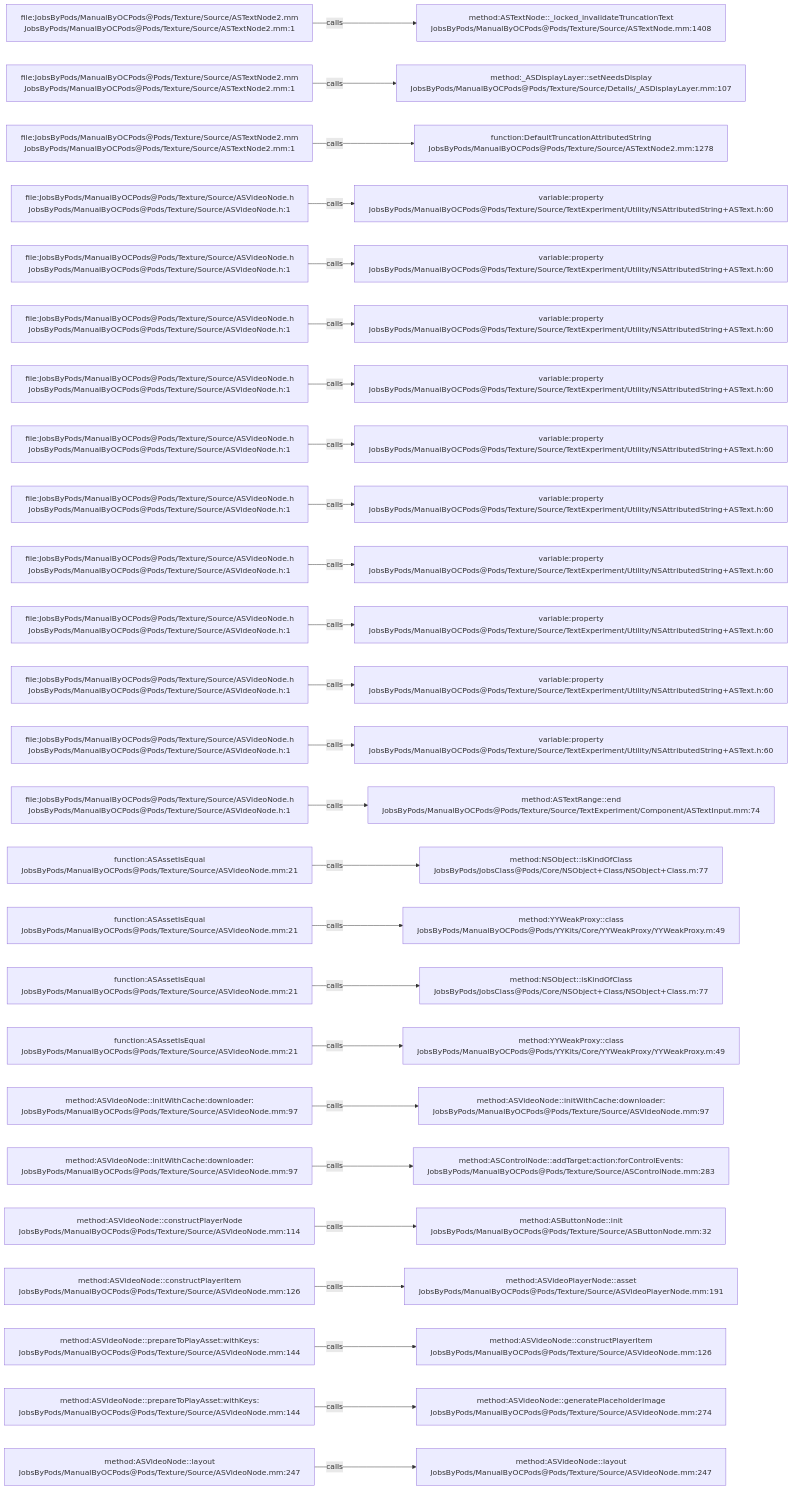
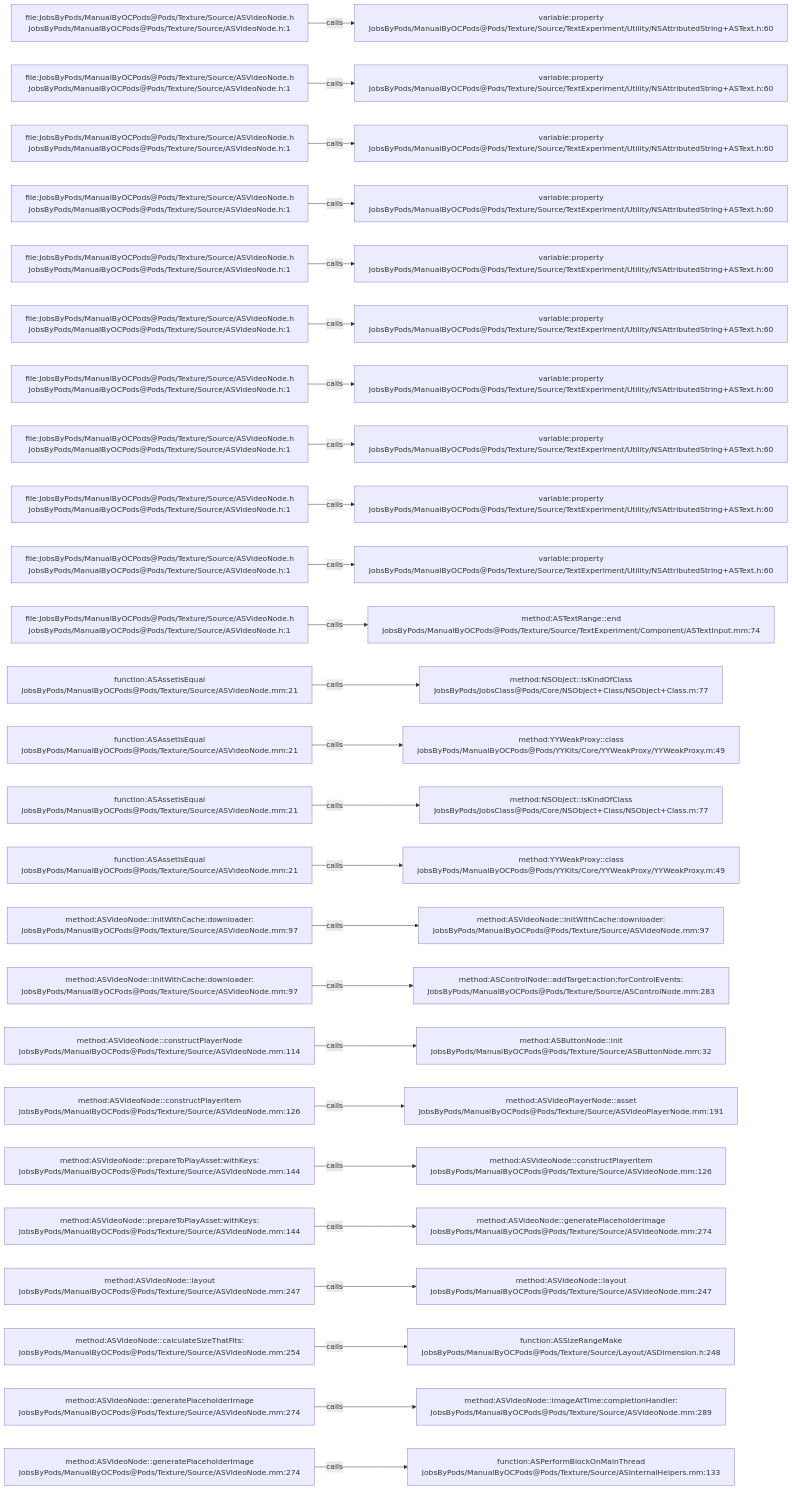
The diagram in .codegraph/codegraph.md/graphs/calls-144.md (JobsKits/JobsOCBaseConfigDemo), drawn with Mermaid before and after one commit. The commit also changed 342 other files, not shown here.

````diff
--- a/.codegraph/codegraph.md/graphs/calls-144.md
+++ b/.codegraph/codegraph.md/graphs/calls-144.md
@@ -13,78 +13,78 @@
 ```mermaid
 flowchart LR
-  S1["file:JobsByPods/ManualByOCPods@Pods/Texture/Source/ASTextNode2.mm<br/>JobsByPods/ManualByOCPods@Pods/Texture/Source/ASTextNode2.mm:1"]
-  T1["method:ASTextNode::_locked_invalidateTruncationText<br/>JobsByPods/ManualByOCPods@Pods/Texture/Source/ASTextNode.mm:1408"]
+  S1["file:JobsByPods/ManualByOCPods@Pods/Texture/Source/ASVideoNode.h<br/>JobsByPods/ManualByOCPods@Pods/Texture/Source/ASVideoNode.h:1"]
+  T1["variable:property<br/>JobsByPods/ManualByOCPods@Pods/Texture/Source/TextExperiment/Utility/NSAttributedString+ASText.h:60"]
   S1 -->|calls| T1
-  S2["file:JobsByPods/ManualByOCPods@Pods/Texture/Source/ASTextNode2.mm<br/>JobsByPods/ManualByOCPods@Pods/Texture/Source/ASTextNode2.mm:1"]
-  T2["method:_ASDisplayLayer::setNeedsDisplay<br/>JobsByPods/ManualByOCPods@Pods/Texture/Source/Details/_ASDisplayLayer.mm:107"]
+  S2["file:JobsByPods/ManualByOCPods@Pods/Texture/Source/ASVideoNode.h<br/>JobsByPods/ManualByOCPods@Pods/Texture/Source/ASVideoNode.h:1"]
+  T2["variable:property<br/>JobsByPods/ManualByOCPods@Pods/Texture/Source/TextExperiment/Utility/NSAttributedString+ASText.h:60"]
   S2 -->|calls| T2
-  S3["file:JobsByPods/ManualByOCPods@Pods/Texture/Source/ASTextNode2.mm<br/>JobsByPods/ManualByOCPods@Pods/Texture/Source/ASTextNode2.mm:1"]
-  T3["function:DefaultTruncationAttributedString<br/>JobsByPods/ManualByOCPods@Pods/Texture/Source/ASTextNode2.mm:1278"]
+  S3["file:JobsByPods/ManualByOCPods@Pods/Texture/Source/ASVideoNode.h<br/>JobsByPods/ManualByOCPods@Pods/Texture/Source/ASVideoNode.h:1"]
+  T3["variable:property<br/>JobsByPods/ManualByOCPods@Pods/Texture/Source/TextExperiment/Utility/NSAttributedString+ASText.h:60"]
   S3 -->|calls| T3
   S4["file:JobsByPods/ManualByOCPods@Pods/Texture/Source/ASVideoNode.h<br/>JobsByPods/ManualByOCPods@Pods/Texture/Source/ASVideoNode.h:1"]
   T4["variable:property<br/>JobsByPods/ManualByOCPods@Pods/Texture/Source/TextExperiment/Utility/NSAttributedString+ASText.h:60"]
   S4 -->|calls| T4
   S5["file:JobsByPods/ManualByOCPods@Pods/Texture/Source/ASVideoNode.h<br/>JobsByPods/ManualByOCPods@Pods/Texture/Source/ASVideoNode.h:1"]
   T5["variable:property<br/>JobsByPods/ManualByOCPods@Pods/Texture/Source/TextExperiment/Utility/NSAttributedString+ASText.h:60"]
   S5 -->|calls| T5
   S6["file:JobsByPods/ManualByOCPods@Pods/Texture/Source/ASVideoNode.h<br/>JobsByPods/ManualByOCPods@Pods/Texture/Source/ASVideoNode.h:1"]
   T6["variable:property<br/>JobsByPods/ManualByOCPods@Pods/Texture/Source/TextExperiment/Utility/NSAttributedString+ASText.h:60"]
   S6 -->|calls| T6
   S7["file:JobsByPods/ManualByOCPods@Pods/Texture/Source/ASVideoNode.h<br/>JobsByPods/ManualByOCPods@Pods/Texture/Source/ASVideoNode.h:1"]
   T7["variable:property<br/>JobsByPods/ManualByOCPods@Pods/Texture/Source/TextExperiment/Utility/NSAttributedString+ASText.h:60"]
   S7 -->|calls| T7
   S8["file:JobsByPods/ManualByOCPods@Pods/Texture/Source/ASVideoNode.h<br/>JobsByPods/ManualByOCPods@Pods/Texture/Source/ASVideoNode.h:1"]
   T8["variable:property<br/>JobsByPods/ManualByOCPods@Pods/Texture/Source/TextExperiment/Utility/NSAttributedString+ASText.h:60"]
   S8 -->|calls| T8
   S9["file:JobsByPods/ManualByOCPods@Pods/Texture/Source/ASVideoNode.h<br/>JobsByPods/ManualByOCPods@Pods/Texture/Source/ASVideoNode.h:1"]
   T9["variable:property<br/>JobsByPods/ManualByOCPods@Pods/Texture/Source/TextExperiment/Utility/NSAttributedString+ASText.h:60"]
   S9 -->|calls| T9
   S10["file:JobsByPods/ManualByOCPods@Pods/Texture/Source/ASVideoNode.h<br/>JobsByPods/ManualByOCPods@Pods/Texture/Source/ASVideoNode.h:1"]
   T10["variable:property<br/>JobsByPods/ManualByOCPods@Pods/Texture/Source/TextExperiment/Utility/NSAttributedString+ASText.h:60"]
   S10 -->|calls| T10
   S11["file:JobsByPods/ManualByOCPods@Pods/Texture/Source/ASVideoNode.h<br/>JobsByPods/ManualByOCPods@Pods/Texture/Source/ASVideoNode.h:1"]
-  T11["variable:property<br/>JobsByPods/ManualByOCPods@Pods/Texture/Source/TextExperiment/Utility/NSAttributedString+ASText.h:60"]
+  T11["method:ASTextRange::end<br/>JobsByPods/ManualByOCPods@Pods/Texture/Source/TextExperiment/Component/ASTextInput.mm:74"]
   S11 -->|calls| T11
-  S12["file:JobsByPods/ManualByOCPods@Pods/Texture/Source/ASVideoNode.h<br/>JobsByPods/ManualByOCPods@Pods/Texture/Source/ASVideoNode.h:1"]
-  T12["variable:property<br/>JobsByPods/ManualByOCPods@Pods/Texture/Source/TextExperiment/Utility/NSAttributedString+ASText.h:60"]
+  S12["function:ASAssetIsEqual<br/>JobsByPods/ManualByOCPods@Pods/Texture/Source/ASVideoNode.mm:21"]
+  T12["method:NSObject::isKindOfClass<br/>JobsByPods/JobsClass@Pods/Core/NSObject+Class/NSObject+Class.m:77"]
   S12 -->|calls| T12
-  S13["file:JobsByPods/ManualByOCPods@Pods/Texture/Source/ASVideoNode.h<br/>JobsByPods/ManualByOCPods@Pods/Texture/Source/ASVideoNode.h:1"]
-  T13["variable:property<br/>JobsByPods/ManualByOCPods@Pods/Texture/Source/TextExperiment/Utility/NSAttributedString+ASText.h:60"]
+  S13["function:ASAssetIsEqual<br/>JobsByPods/ManualByOCPods@Pods/Texture/Source/ASVideoNode.mm:21"]
+  T13["method:YYWeakProxy::class<br/>JobsByPods/ManualByOCPods@Pods/YYKits/Core/YYWeakProxy/YYWeakProxy.m:49"]
   S13 -->|calls| T13
-  S14["file:JobsByPods/ManualByOCPods@Pods/Texture/Source/ASVideoNode.h<br/>JobsByPods/ManualByOCPods@Pods/Texture/Source/ASVideoNode.h:1"]
-  T14["method:ASTextRange::end<br/>JobsByPods/ManualByOCPods@Pods/Texture/Source/TextExperiment/Component/ASTextInput.mm:74"]
+  S14["function:ASAssetIsEqual<br/>JobsByPods/ManualByOCPods@Pods/Texture/Source/ASVideoNode.mm:21"]
+  T14["method:NSObject::isKindOfClass<br/>JobsByPods/JobsClass@Pods/Core/NSObject+Class/NSObject+Class.m:77"]
   S14 -->|calls| T14
   S15["function:ASAssetIsEqual<br/>JobsByPods/ManualByOCPods@Pods/Texture/Source/ASVideoNode.mm:21"]
-  T15["method:NSObject::isKindOfClass<br/>JobsByPods/JobsClass@Pods/Core/NSObject+Class/NSObject+Class.m:77"]
+  T15["method:YYWeakProxy::class<br/>JobsByPods/ManualByOCPods@Pods/YYKits/Core/YYWeakProxy/YYWeakProxy.m:49"]
   S15 -->|calls| T15
-  S16["function:ASAssetIsEqual<br/>JobsByPods/ManualByOCPods@Pods/Texture/Source/ASVideoNode.mm:21"]
-  T16["method:YYWeakProxy::class<br/>JobsByPods/ManualByOCPods@Pods/YYKits/Core/YYWeakProxy/YYWeakProxy.m:49"]
+  S16["method:ASVideoNode::initWithCache:downloader:<br/>JobsByPods/ManualByOCPods@Pods/Texture/Source/ASVideoNode.mm:97"]
+  T16["method:ASVideoNode::initWithCache:downloader:<br/>JobsByPods/ManualByOCPods@Pods/Texture/Source/ASVideoNode.mm:97"]
   S16 -->|calls| T16
-  S17["function:ASAssetIsEqual<br/>JobsByPods/ManualByOCPods@Pods/Texture/Source/ASVideoNode.mm:21"]
-  T17["method:NSObject::isKindOfClass<br/>JobsByPods/JobsClass@Pods/Core/NSObject+Class/NSObject+Class.m:77"]
+  S17["method:ASVideoNode::initWithCache:downloader:<br/>JobsByPods/ManualByOCPods@Pods/Texture/Source/ASVideoNode.mm:97"]
+  T17["method:ASControlNode::addTarget:action:forControlEvents:<br/>JobsByPods/ManualByOCPods@Pods/Texture/Source/ASControlNode.mm:283"]
   S17 -->|calls| T17
-  S18["function:ASAssetIsEqual<br/>JobsByPods/ManualByOCPods@Pods/Texture/Source/ASVideoNode.mm:21"]
-  T18["method:YYWeakProxy::class<br/>JobsByPods/ManualByOCPods@Pods/YYKits/Core/YYWeakProxy/YYWeakProxy.m:49"]
+  S18["method:ASVideoNode::constructPlayerNode<br/>JobsByPods/ManualByOCPods@Pods/Texture/Source/ASVideoNode.mm:114"]
+  T18["method:ASButtonNode::init<br/>JobsByPods/ManualByOCPods@Pods/Texture/Source/ASButtonNode.mm:32"]
   S18 -->|calls| T18
-  S19["method:ASVideoNode::initWithCache:downloader:<br/>JobsByPods/ManualByOCPods@Pods/Texture/Source/ASVideoNode.mm:97"]
-  T19["method:ASVideoNode::initWithCache:downloader:<br/>JobsByPods/ManualByOCPods@Pods/Texture/Source/ASVideoNode.mm:97"]
+  S19["method:ASVideoNode::constructPlayerItem<br/>JobsByPods/ManualByOCPods@Pods/Texture/Source/ASVideoNode.mm:126"]
+  T19["method:ASVideoPlayerNode::asset<br/>JobsByPods/ManualByOCPods@Pods/Texture/Source/ASVideoPlayerNode.mm:191"]
   S19 -->|calls| T19
-  S20["method:ASVideoNode::initWithCache:downloader:<br/>JobsByPods/ManualByOCPods@Pods/Texture/Source/ASVideoNode.mm:97"]
-  T20["method:ASControlNode::addTarget:action:forControlEvents:<br/>JobsByPods/ManualByOCPods@Pods/Texture/Source/ASControlNode.mm:283"]
+  S20["method:ASVideoNode::prepareToPlayAsset:withKeys:<br/>JobsByPods/ManualByOCPods@Pods/Texture/Source/ASVideoNode.mm:144"]
+  T20["method:ASVideoNode::constructPlayerItem<br/>JobsByPods/ManualByOCPods@Pods/Texture/Source/ASVideoNode.mm:126"]
   S20 -->|calls| T20
-  S21["method:ASVideoNode::constructPlayerNode<br/>JobsByPods/ManualByOCPods@Pods/Texture/Source/ASVideoNode.mm:114"]
-  T21["method:ASButtonNode::init<br/>JobsByPods/ManualByOCPods@Pods/Texture/Source/ASButtonNode.mm:32"]
+  S21["method:ASVideoNode::prepareToPlayAsset:withKeys:<br/>JobsByPods/ManualByOCPods@Pods/Texture/Source/ASVideoNode.mm:144"]
+  T21["method:ASVideoNode::generatePlaceholderImage<br/>JobsByPods/ManualByOCPods@Pods/Texture/Source/ASVideoNode.mm:274"]
   S21 -->|calls| T21
-  S22["method:ASVideoNode::constructPlayerItem<br/>JobsByPods/ManualByOCPods@Pods/Texture/Source/ASVideoNode.mm:126"]
-  T22["method:ASVideoPlayerNode::asset<br/>JobsByPods/ManualByOCPods@Pods/Texture/Source/ASVideoPlayerNode.mm:191"]
+  S22["method:ASVideoNode::layout<br/>JobsByPods/ManualByOCPods@Pods/Texture/Source/ASVideoNode.mm:247"]
+  T22["method:ASVideoNode::layout<br/>JobsByPods/ManualByOCPods@Pods/Texture/Source/ASVideoNode.mm:247"]
   S22 -->|calls| T22
-  S23["method:ASVideoNode::prepareToPlayAsset:withKeys:<br/>JobsByPods/ManualByOCPods@Pods/Texture/Source/ASVideoNode.mm:144"]
-  T23["method:ASVideoNode::constructPlayerItem<br/>JobsByPods/ManualByOCPods@Pods/Texture/Source/ASVideoNode.mm:126"]
+  S23["method:ASVideoNode::calculateSizeThatFits:<br/>JobsByPods/ManualByOCPods@Pods/Texture/Source/ASVideoNode.mm:254"]
+  T23["function:ASSizeRangeMake<br/>JobsByPods/ManualByOCPods@Pods/Texture/Source/Layout/ASDimension.h:248"]
   S23 -->|calls| T23
-  S24["method:ASVideoNode::prepareToPlayAsset:withKeys:<br/>JobsByPods/ManualByOCPods@Pods/Texture/Source/ASVideoNode.mm:144"]
-  T24["method:ASVideoNode::generatePlaceholderImage<br/>JobsByPods/ManualByOCPods@Pods/Texture/Source/ASVideoNode.mm:274"]
+  S24["method:ASVideoNode::generatePlaceholderImage<br/>JobsByPods/ManualByOCPods@Pods/Texture/Source/ASVideoNode.mm:274"]
+  T24["method:ASVideoNode::imageAtTime:completionHandler:<br/>JobsByPods/ManualByOCPods@Pods/Texture/Source/ASVideoNode.mm:289"]
   S24 -->|calls| T24
-  S25["method:ASVideoNode::layout<br/>JobsByPods/ManualByOCPods@Pods/Texture/Source/ASVideoNode.mm:247"]
-  T25["method:ASVideoNode::layout<br/>JobsByPods/ManualByOCPods@Pods/Texture/Source/ASVideoNode.mm:247"]
+  S25["method:ASVideoNode::generatePlaceholderImage<br/>JobsByPods/ManualByOCPods@Pods/Texture/Source/ASVideoNode.mm:274"]
+  T25["function:ASPerformBlockOnMainThread<br/>JobsByPods/ManualByOCPods@Pods/Texture/Source/ASInternalHelpers.mm:133"]
   S25 -->|calls| T25
 ```
````
